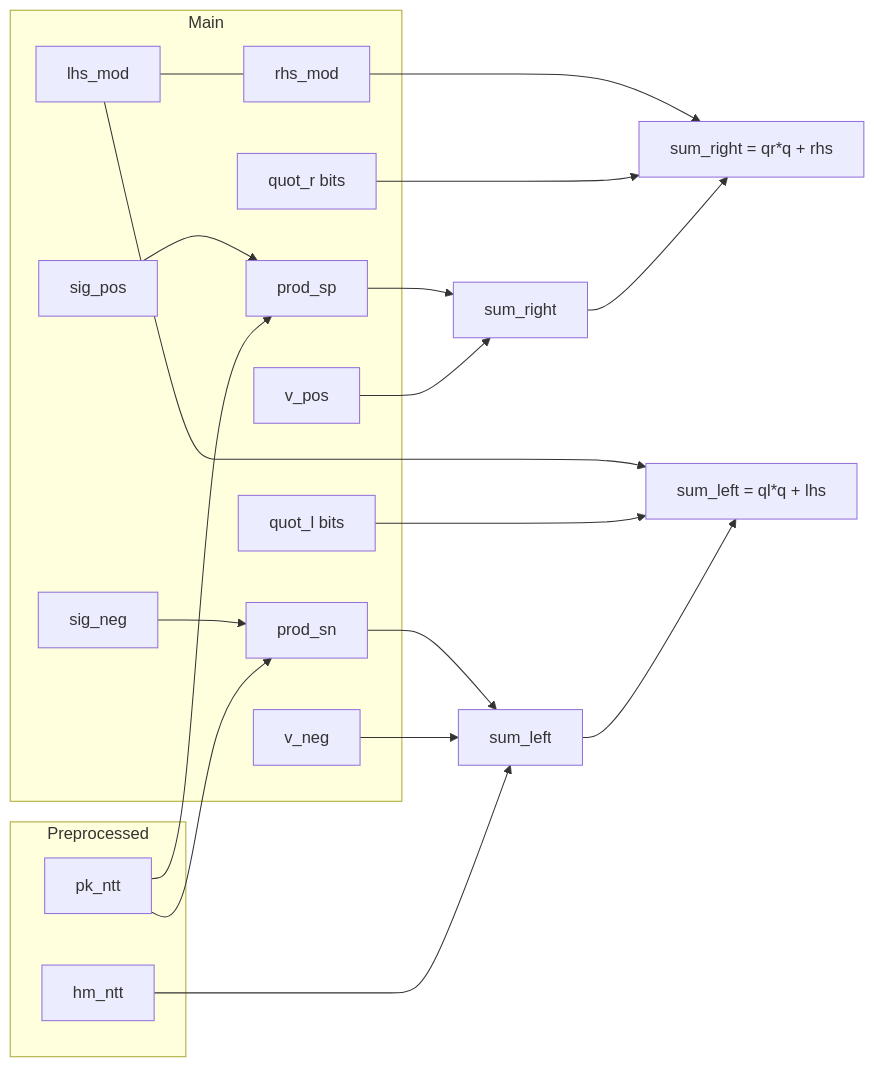
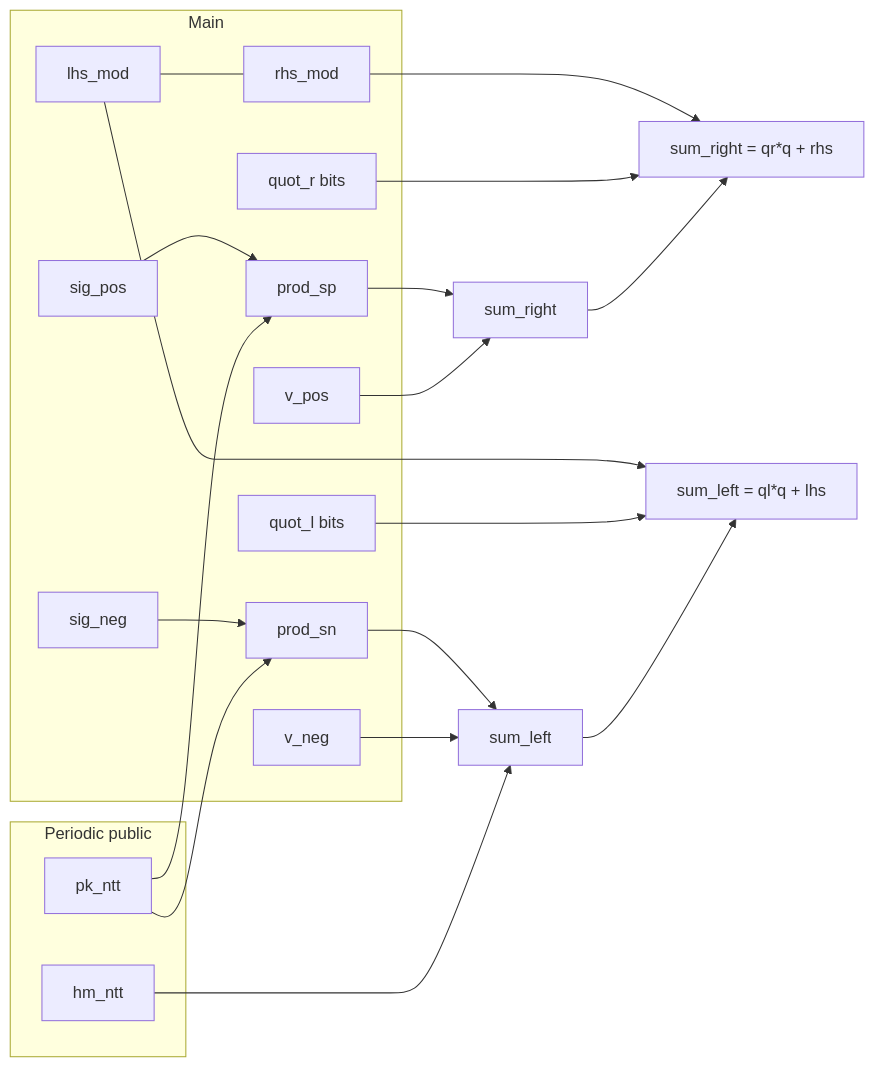
Before and after one commit to miha-stopar/falcon.rs: the first of 2 diagrams in falcon-plonky3/README.md, drawn with Mermaid. The commit also changed other lines of this file and 7 other files, not shown here.

````diff
--- a/falcon-plonky3/README.md
+++ b/falcon-plonky3/README.md
@@ -46,35 +46,35 @@
 ```mermaid
 flowchart LR
-  subgraph prep [Preprocessed]
+  subgraph prep [Periodic public]
     pk[pk_ntt]
     hm[hm_ntt]
   end
   subgraph main [Main]
     sp[sig_pos]
     sn[sig_neg]
     vp[v_pos]
     vn[v_neg]
     lhs[lhs_mod]
     rhs[rhs_mod]
     psp[prod_sp]
     psn[prod_sn]
     ql[quot_l bits]
     qr[quot_r bits]
   end
   pk --> psp
   sp --> psp
   pk --> psn
   sn --> psn
   hm --> sumL[sum_left]
   vn --> sumL
   psn --> sumL
   vp --> sumR[sum_right]
   psp --> sumR
   sumL --> divL["sum_left = ql*q + lhs"]
   sumR --> divR["sum_right = qr*q + rhs"]
   ql --> divL
   lhs --> divL
   qr --> divR
   rhs --> divR
   lhs --- rhs
 ```
````
